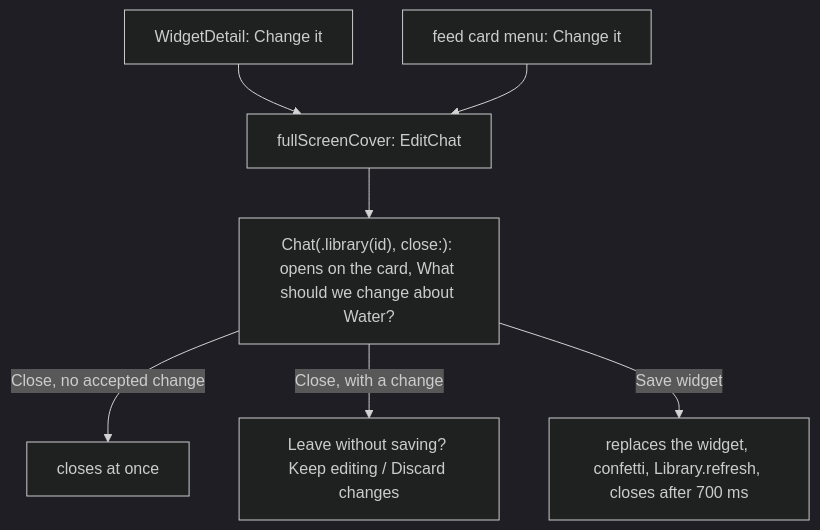
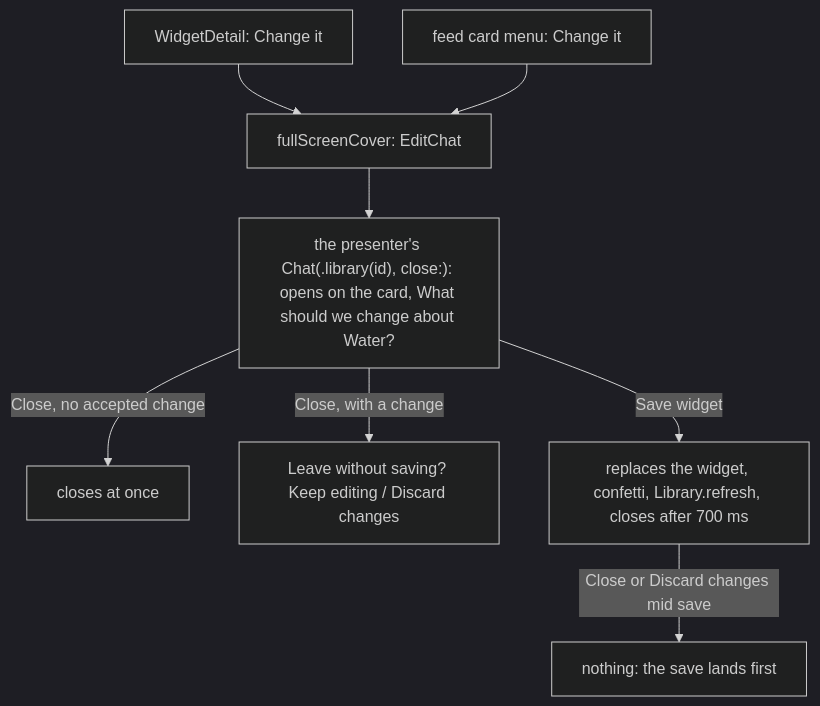
The fifth of 5 diagrams in docs/pr/19-app-shell-u2-chat.md (Krutik460/Widgie), drawn with Mermaid (dark theme) before and after one commit. The commit also changed other lines of this file and 1 other file, not shown here.

````diff
--- a/docs/pr/19-app-shell-u2-chat.md
+++ b/docs/pr/19-app-shell-u2-chat.md
@@ -112,9 +119,10 @@
 ```mermaid
 flowchart TD
   DETAIL["WidgetDetail: Change it"] --> COVER["fullScreenCover: EditChat"]
   FEED["feed card menu: Change it"] --> COVER
-  COVER --> CHAT["Chat(.library(id), close:): opens on the card, What should we change about Water?"]
+  COVER --> CHAT["the presenter's Chat(.library(id), close:): opens on the card, What should we change about Water?"]
   CHAT -->|"Close, no accepted change"| CLOSE["closes at once"]
   CHAT -->|"Close, with a change"| ASKL["Leave without saving? Keep editing / Discard changes"]
   CHAT -->|"Save widget"| REPLACE["replaces the widget, confetti, Library.refresh, closes after 700 ms"]
+  REPLACE -->|"Close or Discard changes mid save"| WAIT["nothing: the save lands first"]
 ```
````
